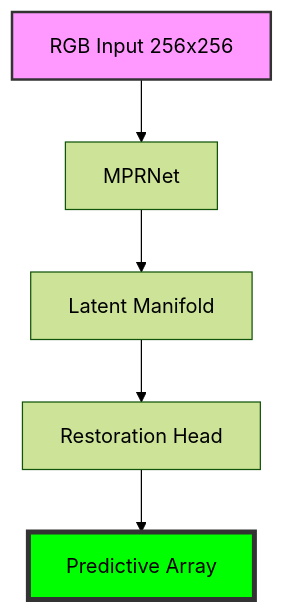
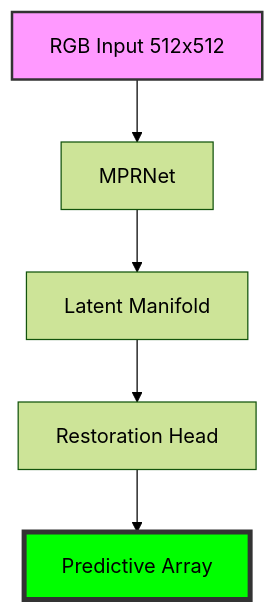
The diagram in mprnet_deraining/README.md (lemgenda/lemgendary-pretrained-models), drawn with Mermaid (forest theme) before and after one commit. The commit also changed other lines of this file and 31 other files, not shown here.

````diff
--- a/mprnet_deraining/README.md
+++ b/mprnet_deraining/README.md
@@ -16,10 +16,10 @@
 ```mermaid
 graph TD
-    Input[RGB Input 256x256] --> Backbone[MPRNet]
+    Input[RGB Input 512x512] --> Backbone[MPRNet]
     Backbone --> Manifold[Latent Manifold]
     Manifold --> Head[Restoration Head]
     Head --> Output[Predictive Array]
     
     style Input fill:#f9f,stroke:#333,stroke-width:2px
     style Output fill:#00ff00,stroke:#333,stroke-width:4px
 ```
````
